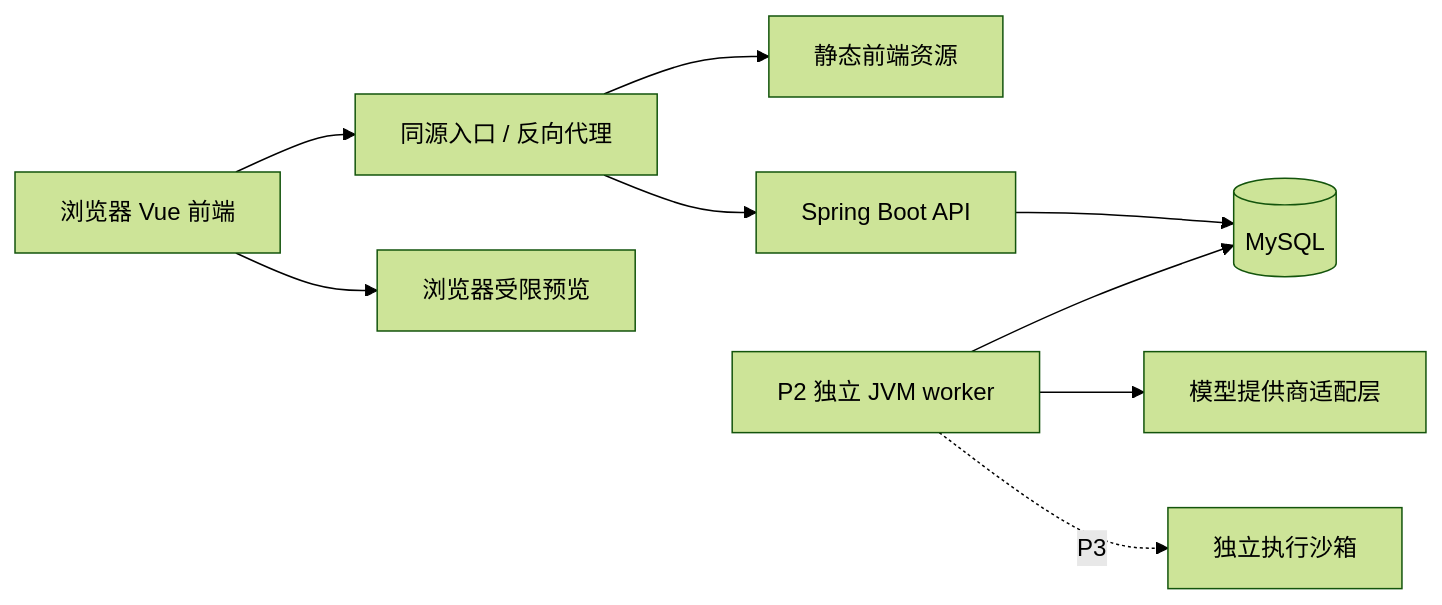
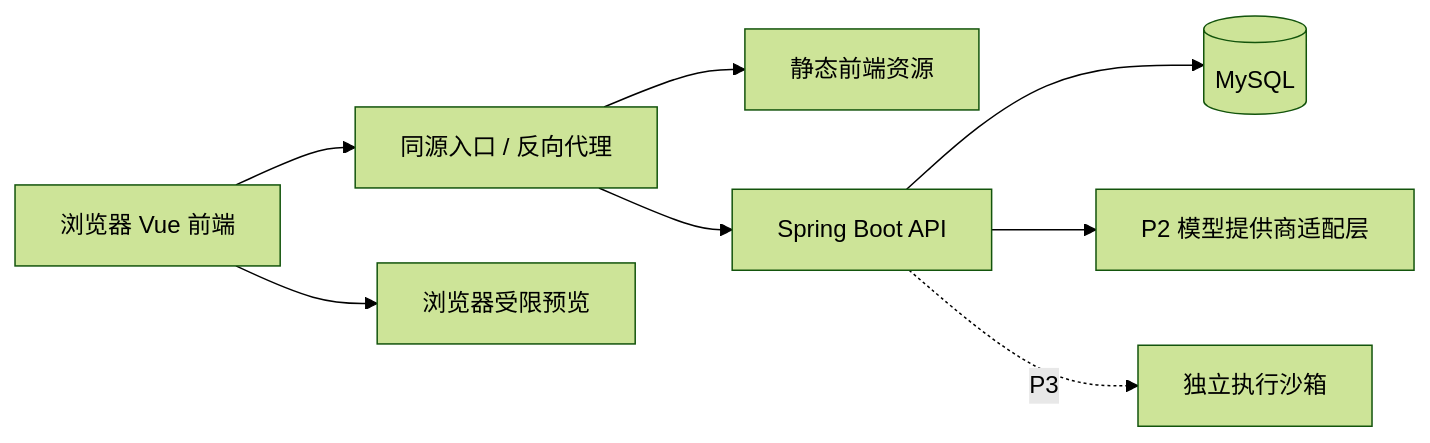
The diagram in docs/DEVELOPMENT.md (zz26max/constrained-ai-learning-platform), drawn with Mermaid (forest theme) before and after one commit. The commit also changed other lines of this file and 5 other files, not shown here.

````diff
--- a/docs/DEVELOPMENT.md
+++ b/docs/DEVELOPMENT.md
@@ -39,11 +39,10 @@
 ```mermaid
 flowchart LR
   B[浏览器 Vue 前端] --> G[同源入口 / 反向代理]
   G --> F[静态前端资源]
   G --> A[Spring Boot API]
   B --> P[浏览器受限预览]
   A --> D[(MySQL)]
-  W[P2 独立 JVM worker] --> D
-  W --> M[模型提供商适配层]
-  W -. P3 .-> R[独立执行沙箱]
+  A --> M[P2 模型提供商适配层]
+  A -. P3 .-> R[独立执行沙箱]
 ```
````
